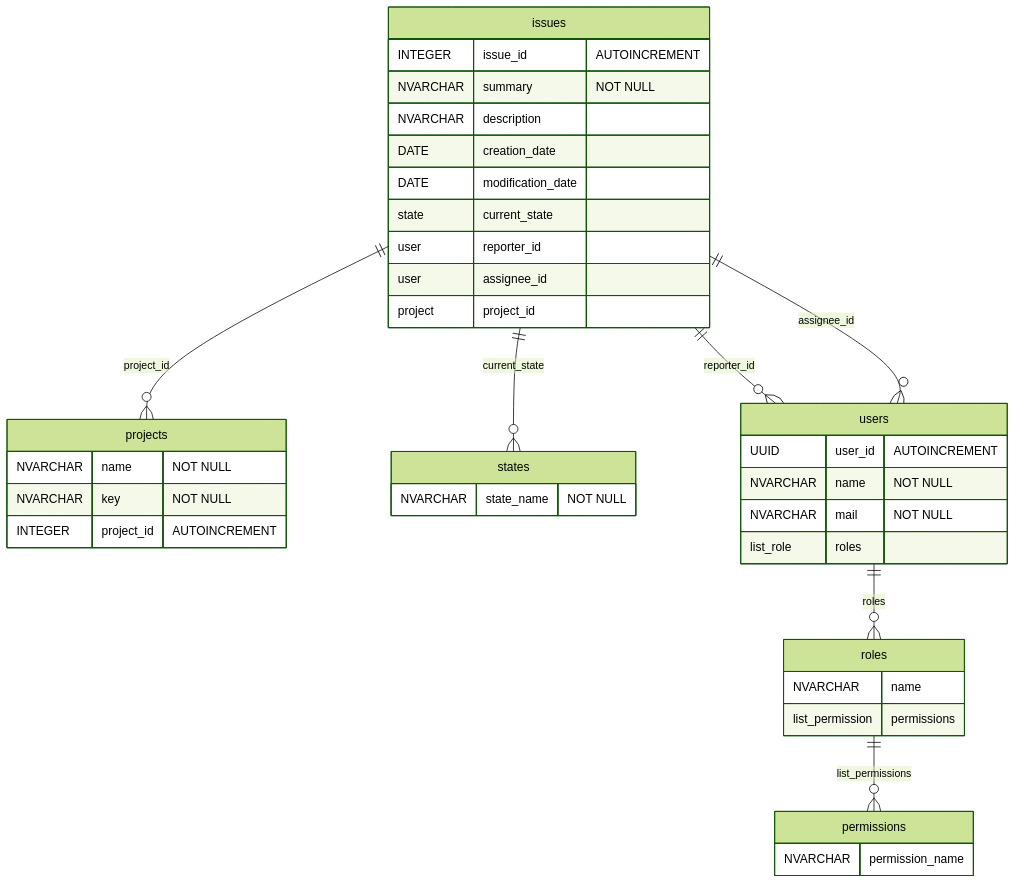
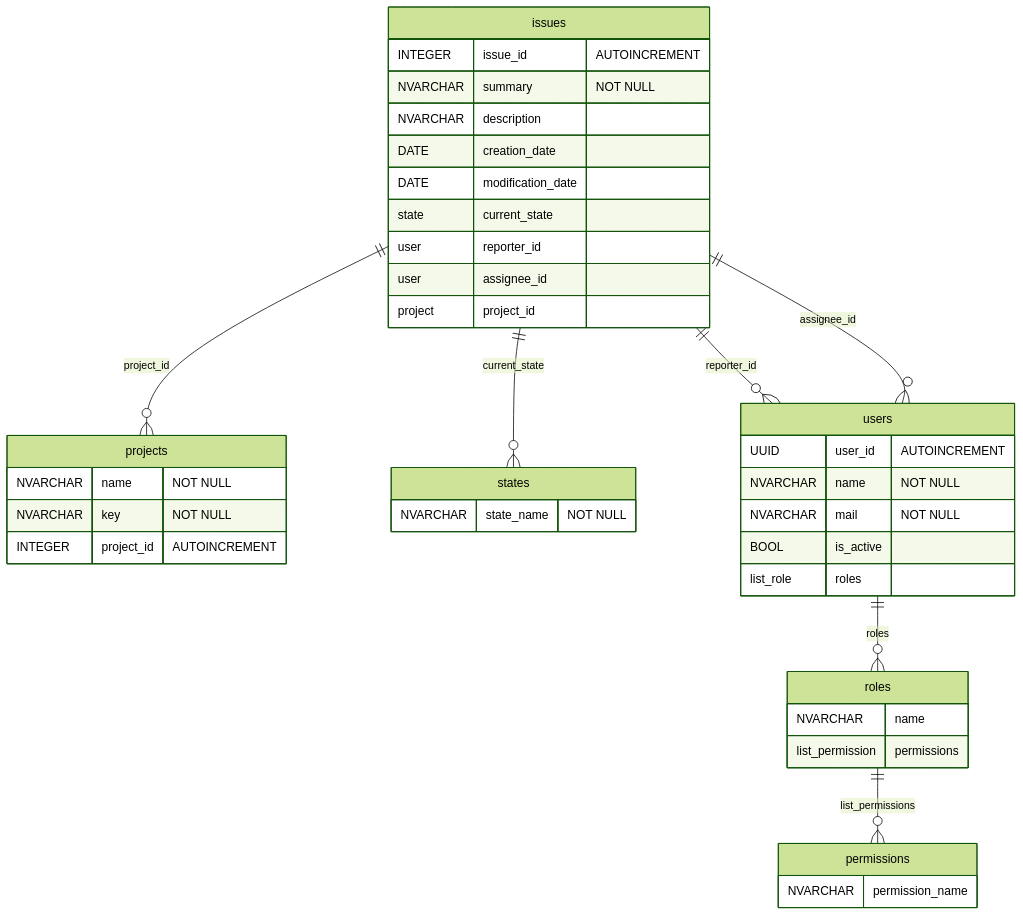
Before and after one commit to ShanSanear/TaskTracker: the diagram in architecture/database.md, drawn with Mermaid (forest theme). The commit also changed 4 other files, not shown here.

````diff
--- a/architecture/database.md
+++ b/architecture/database.md
@@ -1,51 +1,52 @@
 ```mermaid
 erDiagram
 
   issues {
     INTEGER issue_id "AUTOINCREMENT"
     NVARCHAR summary "NOT NULL"
     NVARCHAR description
     DATE creation_date
     DATE modification_date
     state current_state
     user reporter_id
     user assignee_id
     project project_id
   }
   
   projects {
     NVARCHAR name "NOT NULL"
     NVARCHAR key "NOT NULL"
     INTEGER project_id "AUTOINCREMENT"
   }
   
   states {
     NVARCHAR state_name "NOT NULL"
   }
   
   users {
     UUID user_id "AUTOINCREMENT"
     NVARCHAR name "NOT NULL"
     NVARCHAR mail "NOT NULL"
+    BOOL is_active 
     list_role roles
     
   }
   
   roles {
     NVARCHAR name
     list_permission permissions
   }
   
   permissions {
     NVARCHAR permission_name
   }
   
   
   issues ||--o{ projects : "project_id"
   issues ||--o{ users : "reporter_id"
   issues ||--o{ users : "assignee_id"
   issues ||--o{ states : "current_state"
   users ||--o{ roles : "roles"
   roles ||--o{ permissions : "list_permissions"
 
 ```
````
